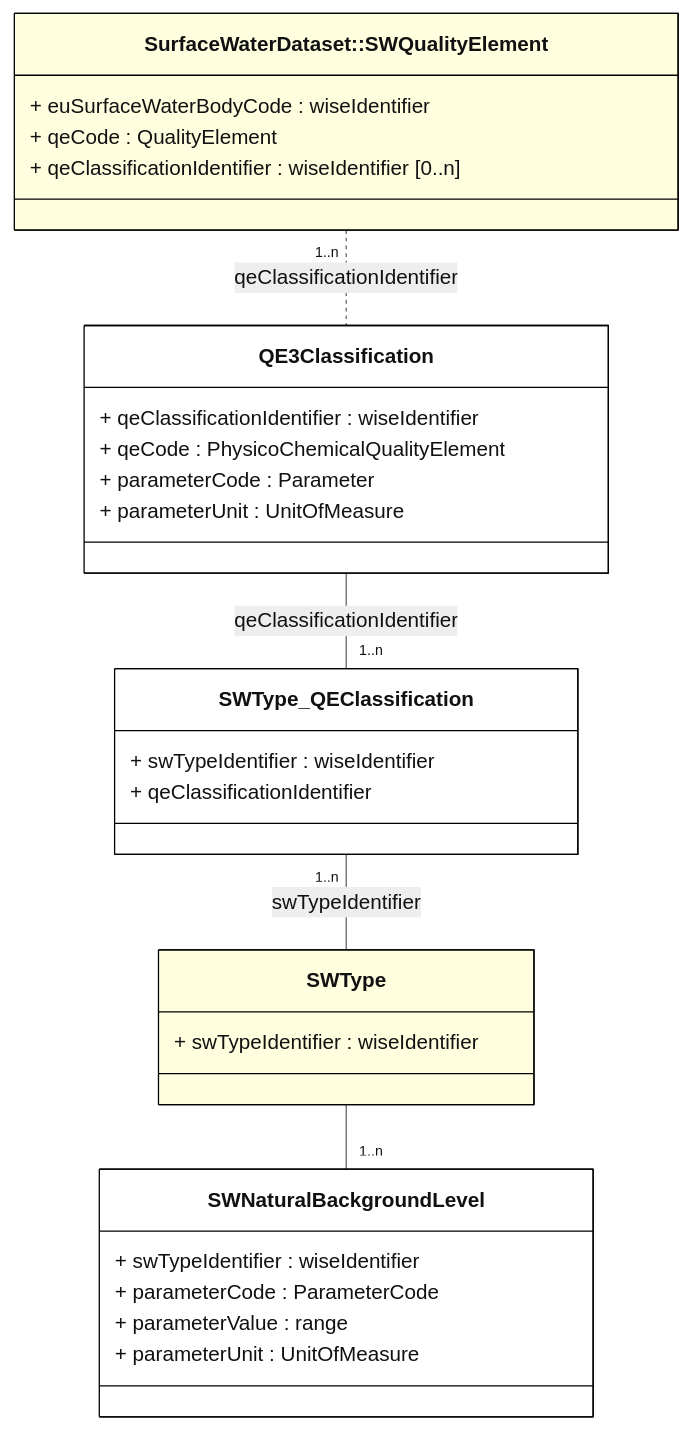
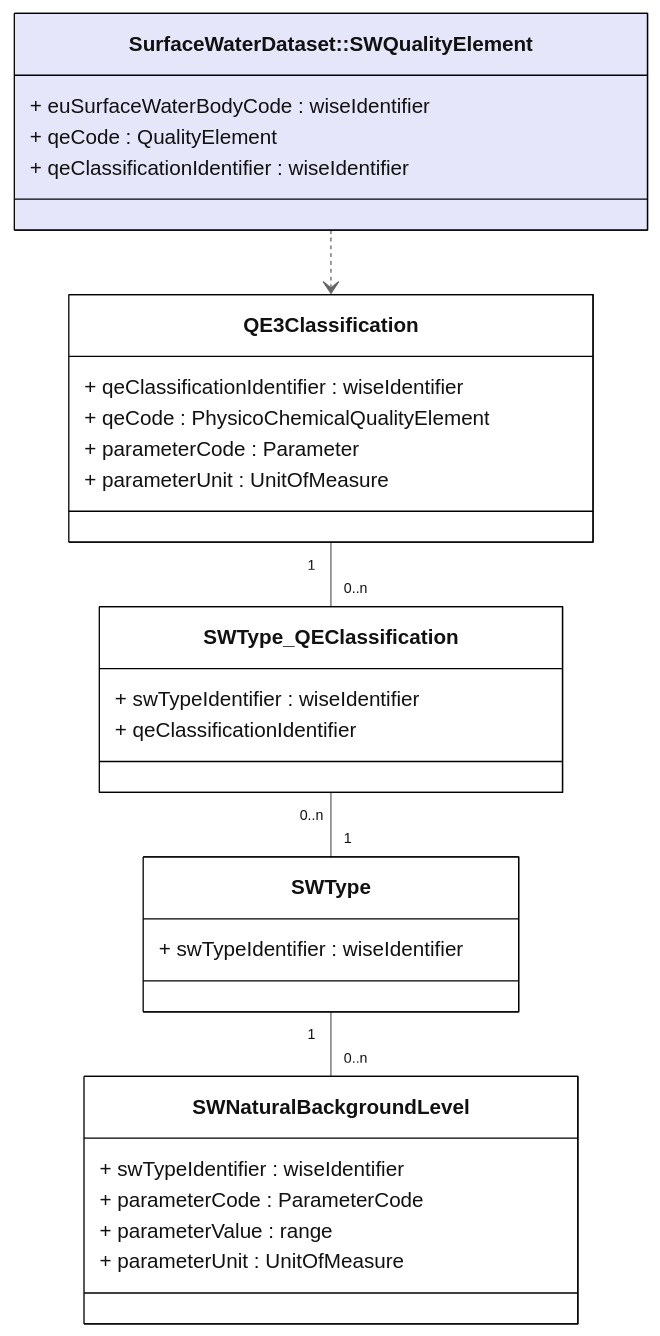
One commit to eeadata/WISE.WFD.Documentation changed the diagram in docs/DataModelReview/mmd/SurfaceWaterMethodologies_4thCycle_QE3Classification_Associations_ClassDiagram.mmd. Above: the diagram before and after it, drawn with Mermaid. The commit also changed 12 other files, not shown here.

```diff
--- a/docs/DataModelReview/mmd/SurfaceWaterMethodologies_4thCycle_QE3Classification_Associations_ClassDiagram.mmd
+++ b/docs/DataModelReview/mmd/SurfaceWaterMethodologies_4thCycle_QE3Classification_Associations_ClassDiagram.mmd
@@ -1,47 +1,47 @@
 ---
 config:
   class:
     hideEmptyMembersBox: true
   layout: dagre
   theme: neutral
 ---
 classDiagram
 direction TB
 
 class SWType:::partial{
 + swTypeIdentifier : wiseIdentifier
 }
 
-class SWQualityElement["SurfaceWaterDataset::SWQualityElement"]:::partial{
+class SWQualityElement["SurfaceWaterDataset::SWQualityElement"]:::otherDataset{
 + euSurfaceWaterBodyCode : wiseIdentifier
 + qeCode : QualityElement
-+ qeClassificationIdentifier : wiseIdentifier [0..n]
++ qeClassificationIdentifier : wiseIdentifier
 }
 
 class QE3Classification{
 + qeClassificationIdentifier : wiseIdentifier
 + qeCode : PhysicoChemicalQualityElement
 + parameterCode : Parameter
 + parameterUnit : UnitOfMeasure
 }
 
 class SWType_QEClassification{
 + swTypeIdentifier : wiseIdentifier
 + qeClassificationIdentifier
 }
 
 class SWNaturalBackgroundLevel{
 + swTypeIdentifier : wiseIdentifier
 + parameterCode : ParameterCode
 + parameterValue : range  
 + parameterUnit : UnitOfMeasure
 }
 
-SWQualityElement "1..n" .. QE3Classification : qeClassificationIdentifier
-QE3Classification -- "1..n" SWType_QEClassification : qeClassificationIdentifier
-SWType_QEClassification "1..n" -- SWType : swTypeIdentifier
-SWType -- "1..n" SWNaturalBackgroundLevel
+SWQualityElement ..> QE3Classification
+QE3Classification "1" -- "0..n" SWType_QEClassification
+SWType_QEClassification "0..n" -- "1" SWType
+SWType "1" -- "0..n" SWNaturalBackgroundLevel
 
 classDef default fill:white,stroke:#000;
 classDef forFixing fill:white,stroke:#f00;
-classDef partial fill:lightyellow,stroke:#000;
+classDef otherDataset fill:lavender,stroke:#000;
```
